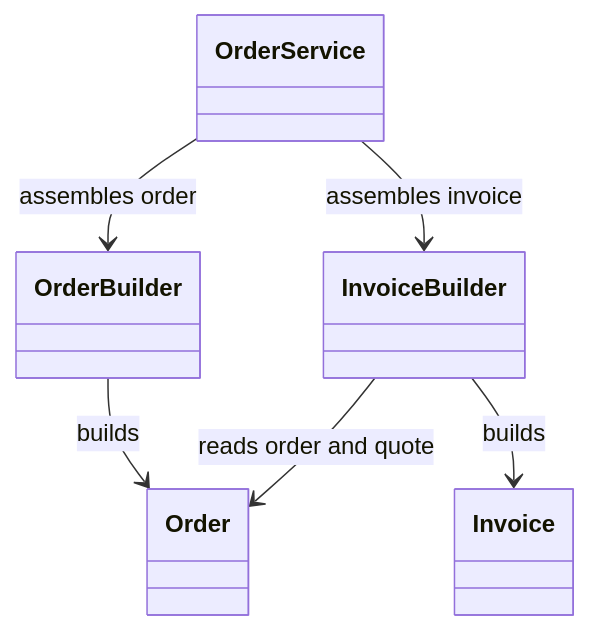
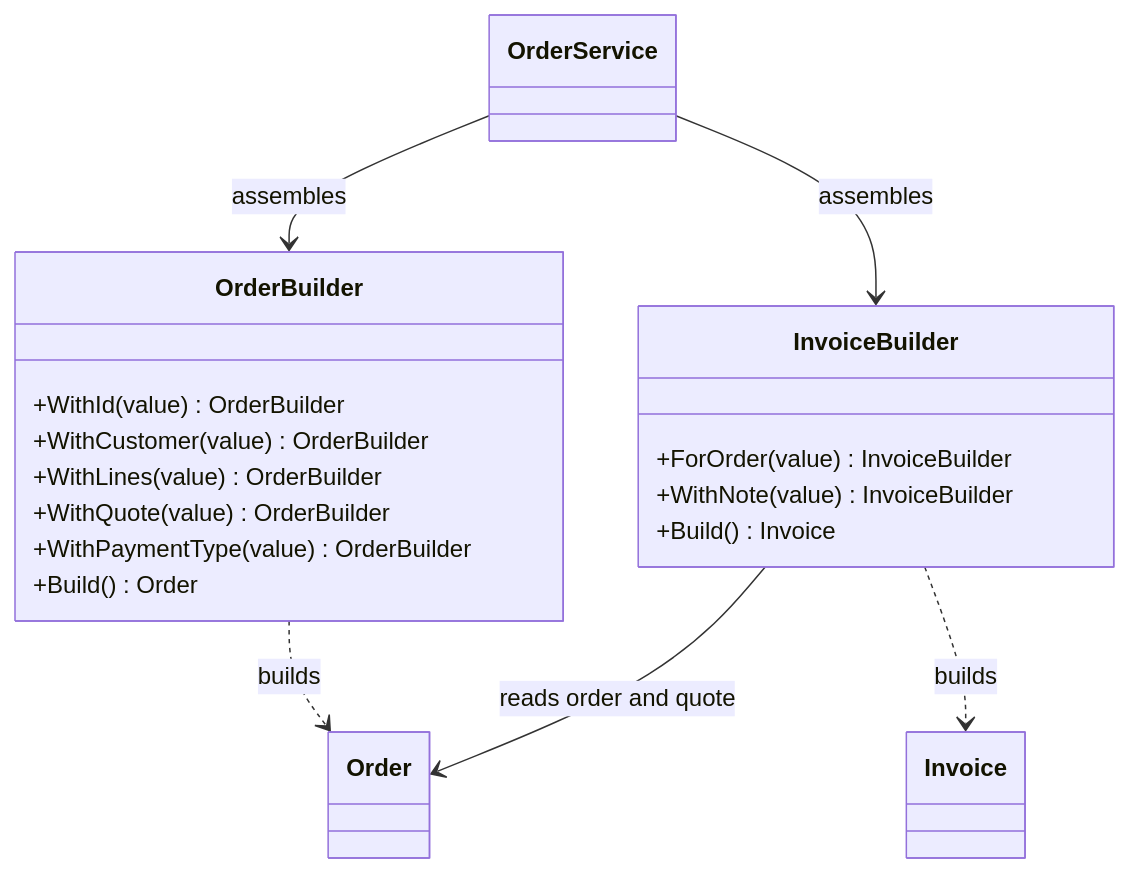
The first of 2 diagrams in patterns/creational/builder/README.md (vaughnellis/gang-of-four-in-action), drawn with Mermaid before and after one commit. The commit also changed other lines of this file and 34 other files, not shown here.

````diff
--- a/patterns/creational/builder/README.md
+++ b/patterns/creational/builder/README.md
@@ -22,8 +66,25 @@
 ```mermaid
 classDiagram
-	OrderService --> OrderBuilder : assembles order
-	OrderBuilder --> Order : builds
-	OrderService --> InvoiceBuilder : assembles invoice
-	InvoiceBuilder --> Invoice : builds
-	InvoiceBuilder --> Order : reads order and quote
+    class OrderService
+    class OrderBuilder {
+        +WithId(value) OrderBuilder
+        +WithCustomer(value) OrderBuilder
+        +WithLines(value) OrderBuilder
+        +WithQuote(value) OrderBuilder
+        +WithPaymentType(value) OrderBuilder
+        +Build() Order
+    }
+    class InvoiceBuilder {
+        +ForOrder(value) InvoiceBuilder
+        +WithNote(value) InvoiceBuilder
+        +Build() Invoice
+    }
+    class Order
+    class Invoice
+
+    OrderService --> OrderBuilder : assembles
+    OrderBuilder ..> Order : builds
+    OrderService --> InvoiceBuilder : assembles
+    InvoiceBuilder ..> Invoice : builds
+    InvoiceBuilder --> Order : reads order and quote
 ```
````
